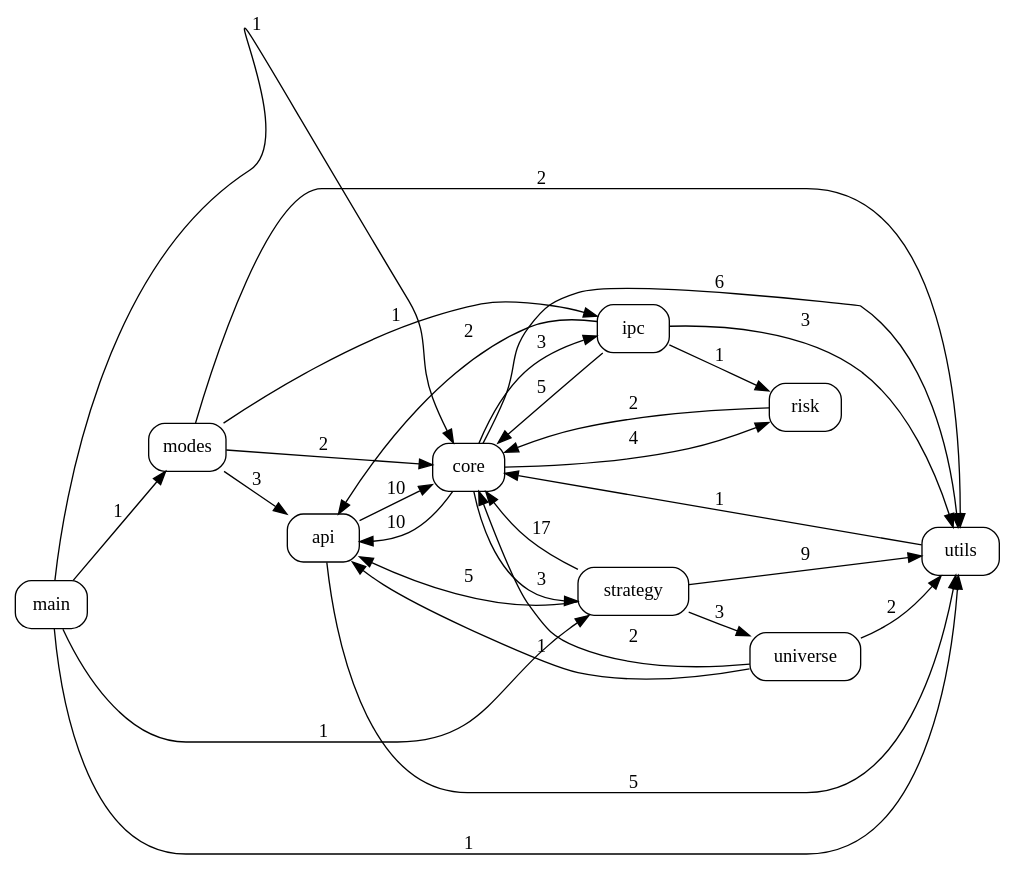
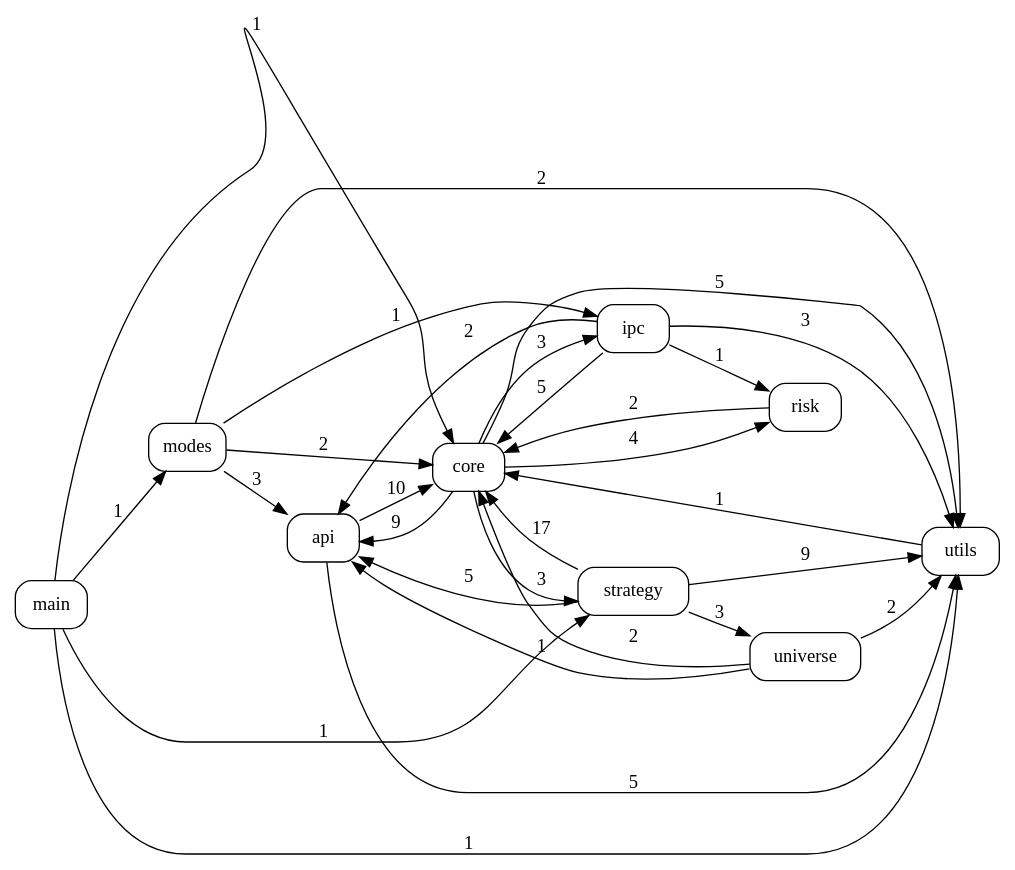
One commit to pypy8171/Quant changed the diagram in docs/code_graph.dot. Above: the diagram before and after it, drawn with Graphviz. The commit also changed 26 other files, not shown here.

```diff
--- a/docs/code_graph.dot
+++ b/docs/code_graph.dot
@@ -1,41 +1,41 @@
 digraph code_graph {
   rankdir=LR;
   node [shape=box, style=rounded, fontname="Consolas"];
   "api";
   "core";
   "ipc";
   "main";
   "modes";
   "risk";
   "strategy";
   "universe";
   "utils";
   "api" -> "core" [label="10"];
   "api" -> "utils" [label="5"];
-  "core" -> "api" [label="10"];
+  "core" -> "api" [label="9"];
   "core" -> "ipc" [label="3"];
   "core" -> "risk" [label="4"];
   "core" -> "strategy" [label="3"];
-  "core" -> "utils" [label="6"];
+  "core" -> "utils" [label="5"];
   "ipc" -> "api" [label="2"];
   "ipc" -> "core" [label="5"];
   "ipc" -> "risk" [label="1"];
   "ipc" -> "utils" [label="3"];
   "main" -> "core" [label="1"];
   "main" -> "modes" [label="1"];
   "main" -> "strategy" [label="1"];
   "main" -> "utils" [label="1"];
   "modes" -> "api" [label="3"];
   "modes" -> "core" [label="2"];
   "modes" -> "ipc" [label="1"];
   "modes" -> "utils" [label="2"];
   "risk" -> "core" [label="2"];
   "strategy" -> "api" [label="5"];
   "strategy" -> "core" [label="17"];
   "strategy" -> "universe" [label="3"];
   "strategy" -> "utils" [label="9"];
   "universe" -> "api" [label="1"];
   "universe" -> "core" [label="2"];
   "universe" -> "utils" [label="2"];
   "utils" -> "core" [label="1"];
 }
```
